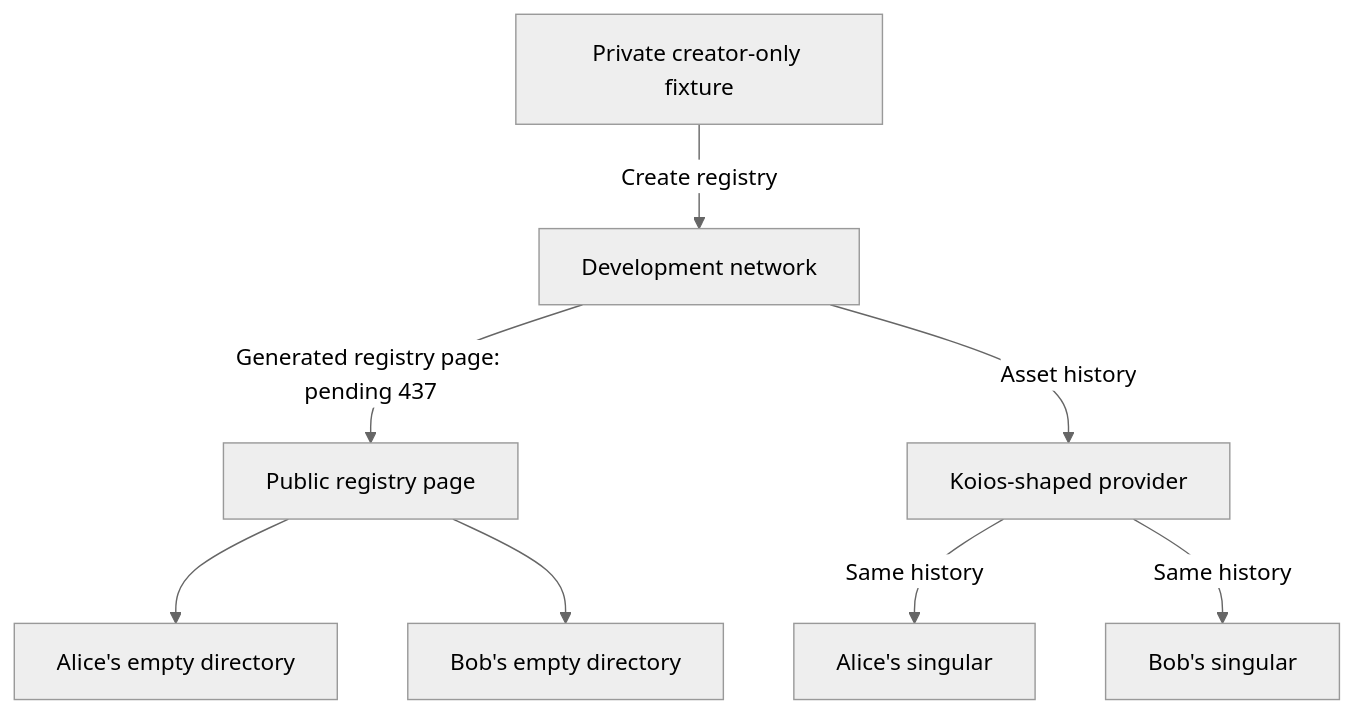
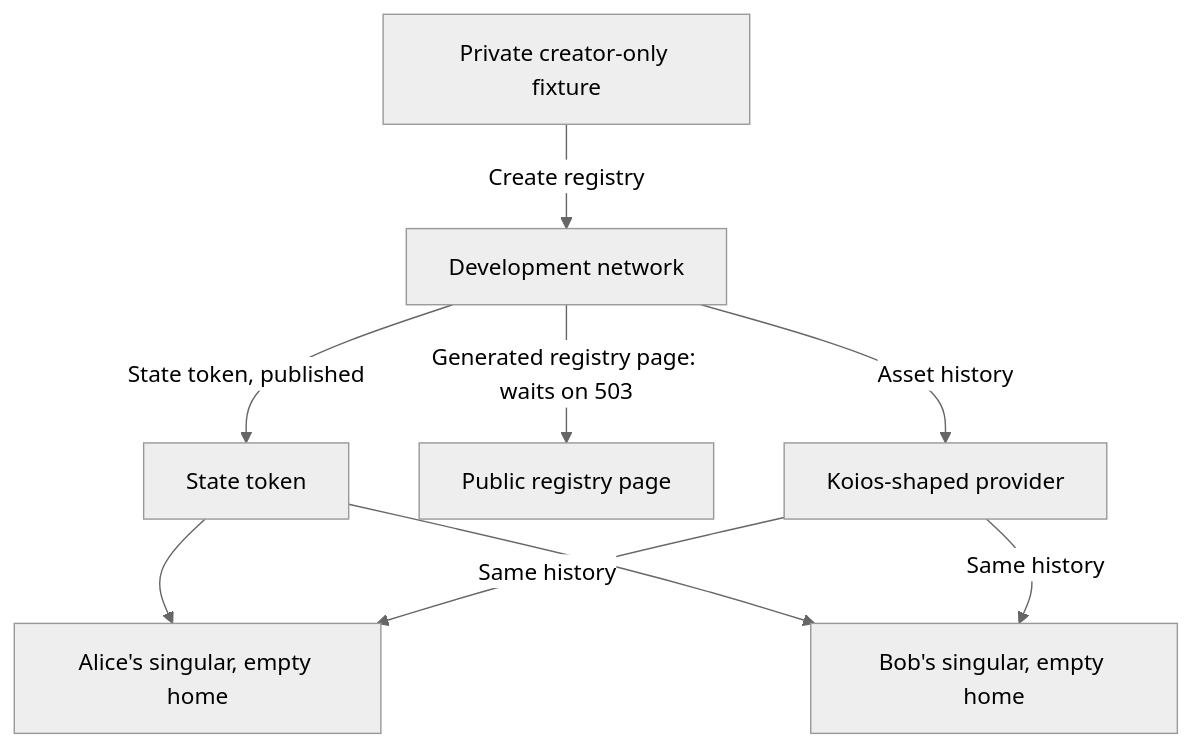
One commit to lambdasistemi/singular changed the second of 2 diagrams in specs/381-registry-replay/plan.md. Above: the diagram before and after it, drawn with Mermaid (neutral theme). The commit also changed other lines of this file and 11 other files, not shown here.

````diff
--- a/specs/381-registry-replay/plan.md
+++ b/specs/381-registry-replay/plan.md
@@ -109,10 +112,11 @@
 ```mermaid
 flowchart TD
   Creator[Private creator-only fixture] -->|Create registry| Chain[Development network]
-  Chain -->|Generated registry page: pending 437| Page[Public registry page]
-  Page --> AliceDir[Alice's empty directory]
-  Page --> BobDir[Bob's empty directory]
+  Chain -->|State token, published| Token[State token]
+  Chain -->|Generated registry page: waits on 503| Page[Public registry page]
+  Token --> AliceRun[Alice's singular, empty home]
+  Token --> BobRun[Bob's singular, empty home]
   Chain -->|Asset history| Provider[Koios-shaped provider]
-  Provider -->|Same history| AliceRun[Alice's singular]
-  Provider -->|Same history| BobRun[Bob's singular]
+  Provider -->|Same history| AliceRun
+  Provider -->|Same history| BobRun
 ```
````
